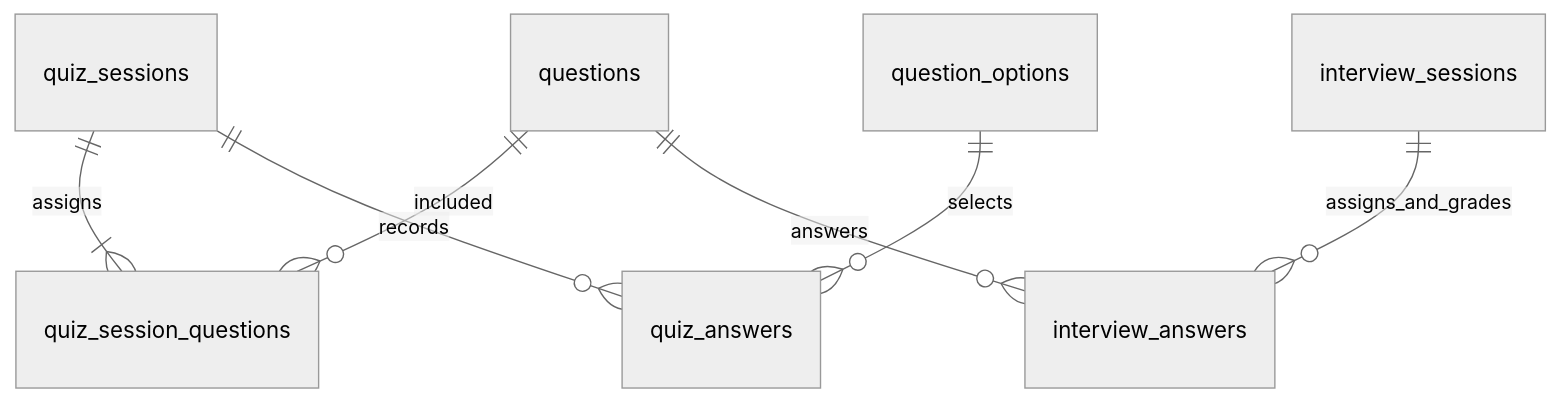
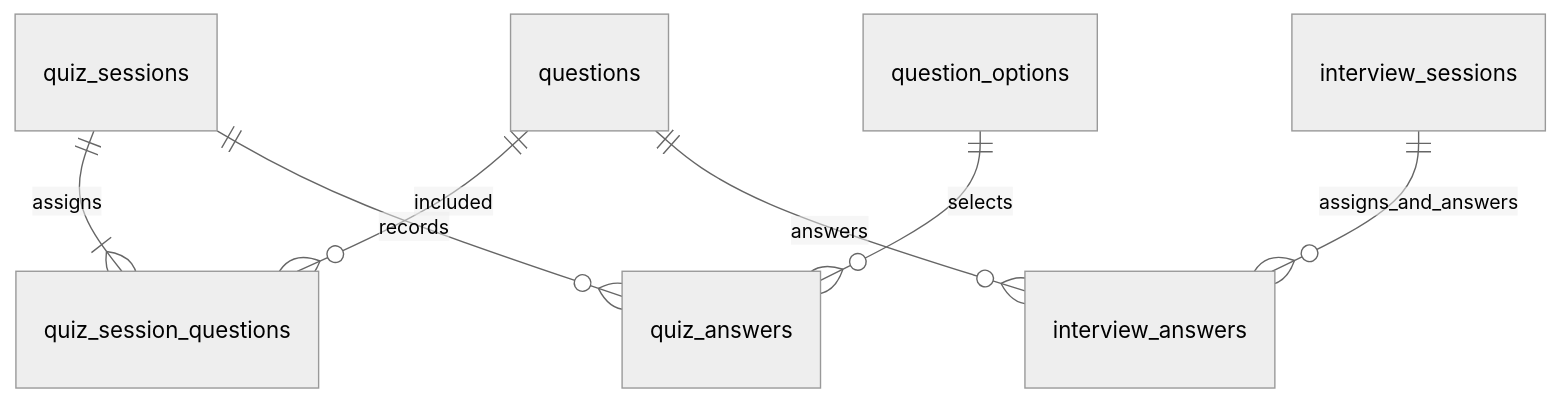
One commit to darkb2001/knowledge-gym changed the diagram in docs/07-erd.md. Above: the diagram before and after it, drawn with Mermaid (neutral theme). The commit also changed other lines of this file and 30 other files, not shown here.

````diff
--- a/docs/07-erd.md
+++ b/docs/07-erd.md
@@ -142,9 +150,9 @@
 ```mermaid
 erDiagram
     quiz_sessions ||--|{ quiz_session_questions : assigns
     questions ||--o{ quiz_session_questions : included
     quiz_sessions ||--o{ quiz_answers : records
     question_options ||--o{ quiz_answers : selects
-    interview_sessions ||--o{ interview_answers : assigns_and_grades
+    interview_sessions ||--o{ interview_answers : assigns_and_answers
     questions ||--o{ interview_answers : answers
 ```
````
